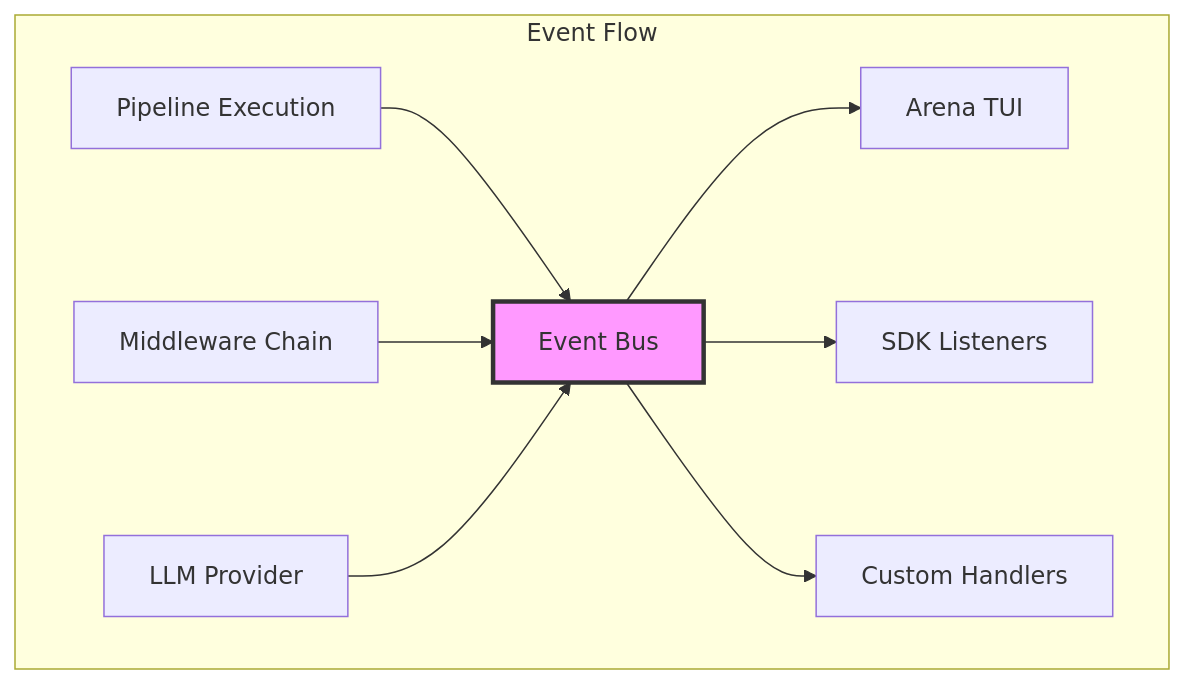
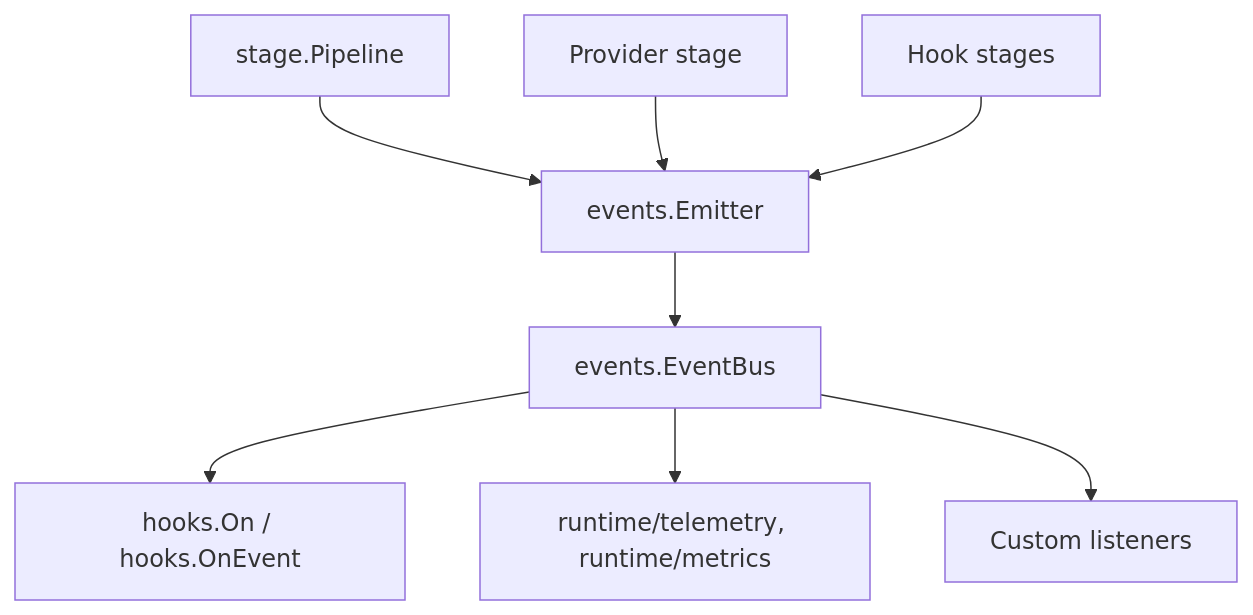
Before and after one commit to AltairaLabs/PromptKit: the diagram in docs/src/content/docs/architecture/runtime-events.md, drawn with Mermaid. The commit also changed other lines of this file and 35 other files, not shown here.

First line of the commit message:
docs: review the explanation and architecture pages against the code (#2343)

````diff
--- a/docs/src/content/docs/architecture/runtime-events.md
+++ b/docs/src/content/docs/architecture/runtime-events.md
@@ -13,18 +29,10 @@
 ```mermaid
 graph TB
-    subgraph "Event Flow"
-        Pipeline["Pipeline Execution"]
-        Middleware["Middleware Chain"]
-        Provider["LLM Provider"]
-        
-        Pipeline --> Bus["Event Bus"]
-        Middleware --> Bus
-        Provider --> Bus
-        
-        Bus --> TUI["Arena TUI"]
-        Bus --> SDK["SDK Listeners"]
-        Bus --> Custom["Custom Handlers"]
-    end
-    
-    style Bus fill:#f9f,stroke:#333,stroke-width:3px
+    Pipeline["stage.Pipeline"] --> Emitter["events.Emitter"]
+    Provider["Provider stage"] --> Emitter
+    Hooks["Hook stages"] --> Emitter
+    Emitter --> Bus["events.EventBus"]
+    Bus --> SDK["hooks.On / hooks.OnEvent"]
+    Bus --> Telemetry["runtime/telemetry, runtime/metrics"]
+    Bus --> Custom["Custom listeners"]
 ```
````
